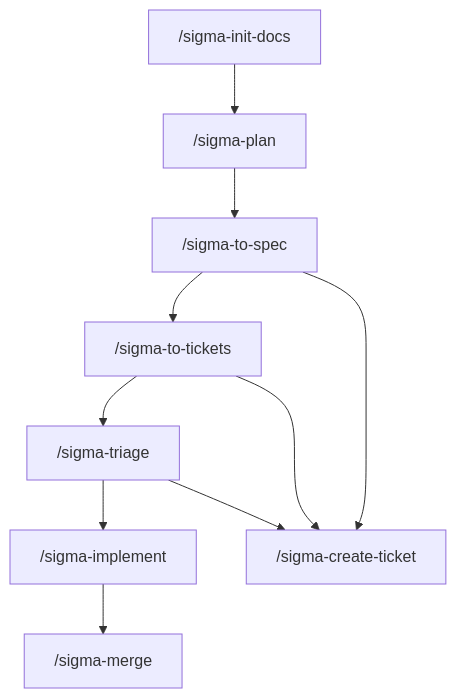
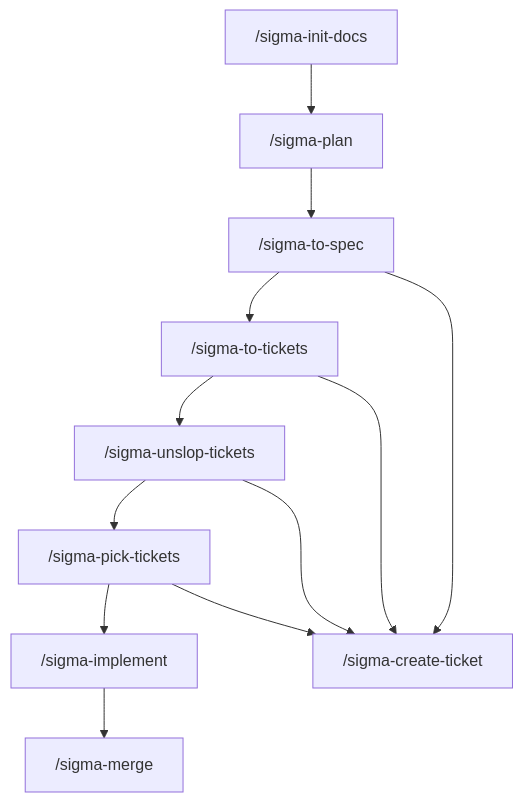
The first of 3 diagrams in README.md (sigma-michael/sigma-build-factory), drawn with Mermaid before and after one commit. The commit also changed other lines of this file and 10 other files, not shown here.

````diff
--- a/README.md
+++ b/README.md
@@ -42,12 +42,14 @@
 ```mermaid
 flowchart TD
   init["/sigma-init-docs"] --> plan["/sigma-plan"]
   plan --> spec["/sigma-to-spec"]
   spec --> tickets["/sigma-to-tickets"]
-  tickets --> triage["/sigma-triage"]
-  triage --> impl["/sigma-implement"]
+  tickets --> clean["/sigma-unslop-tickets"]
+  clean --> pick["/sigma-pick-tickets"]
+  pick --> impl["/sigma-implement"]
   impl --> merge["/sigma-merge"]
   spec --> file["/sigma-create-ticket"]
   tickets --> file
-  triage --> file
+  clean --> file
+  pick --> file
 ```
````
